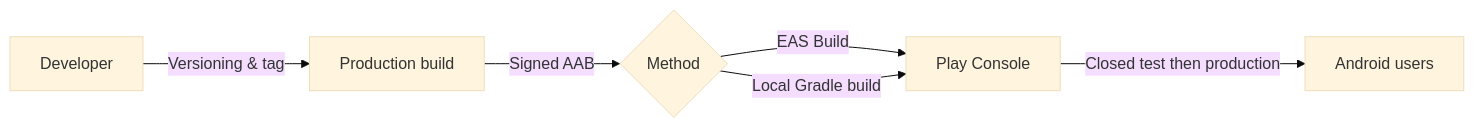
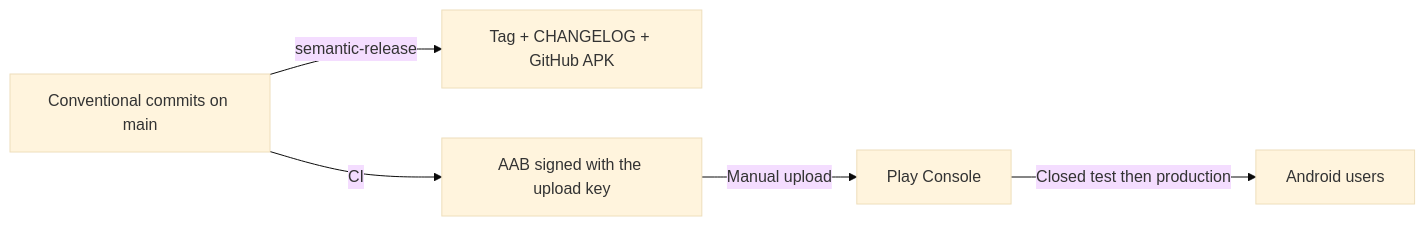
One commit to Wifsimster/elan changed the second of 2 diagrams in README.md. Above: the diagram before and after it, drawn with Mermaid (base theme). The commit also changed other lines of this file and 514 other files, not shown here.

````diff
--- a/README.md
+++ b/README.md
@@ -147,8 +248,7 @@
 ```mermaid
 graph LR
-    A[Developer] -->|Versioning & tag| B[Production build]
-    B -->|Signed AAB| C{Method}
-    C -->|EAS Build| D[Play Console]
-    C -->|Local Gradle build| D
+    A[Conventional commits on main] -->|semantic-release| B[Tag + CHANGELOG + GitHub APK]
+    A -->|CI| C[AAB signed with the upload key]
+    C -->|Manual upload| D[Play Console]
     D -->|Closed test then production| E[Android users]
 ```
````
